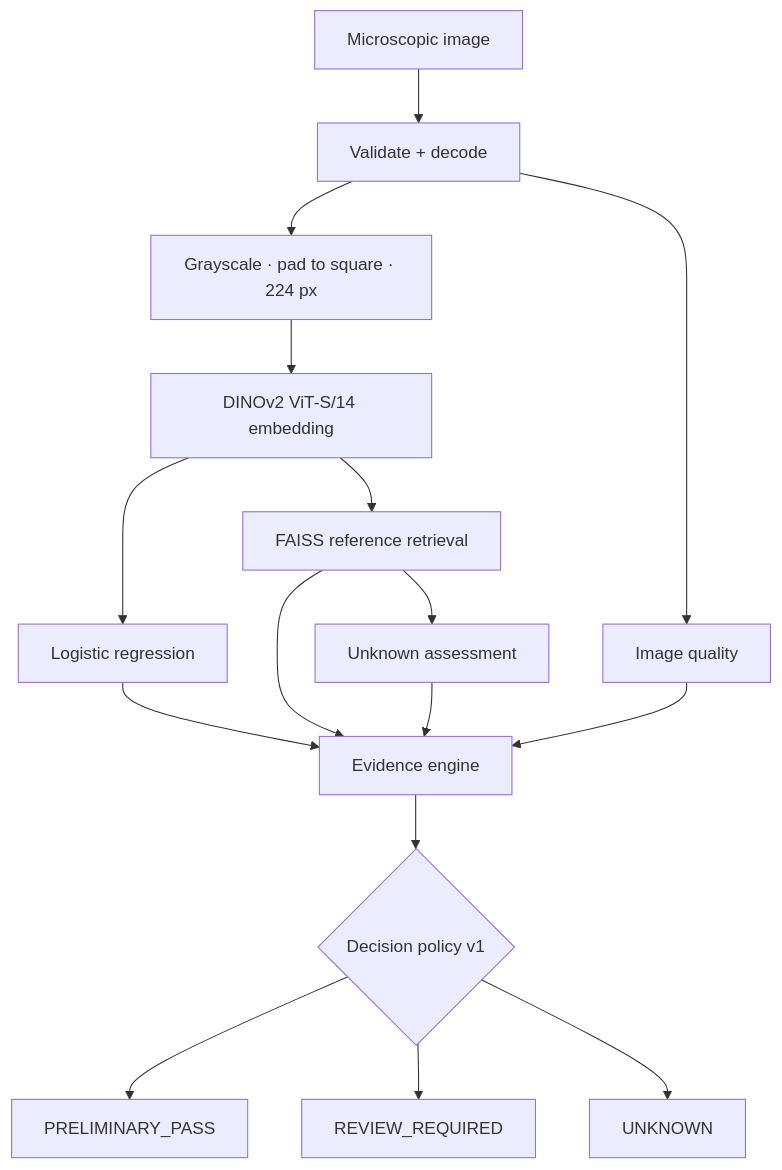
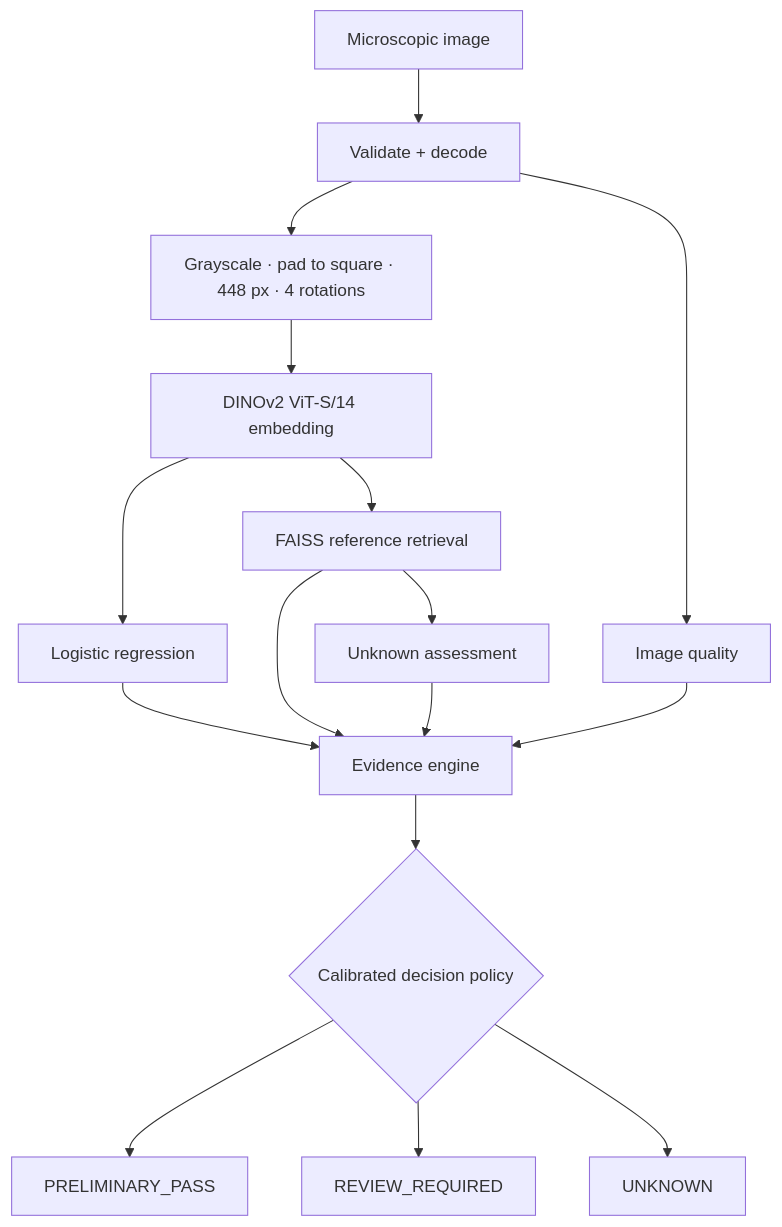
One commit to gowtham472/herbascope changed the diagram in README.md. Above: the diagram before and after it, drawn with Mermaid. The commit also changed other lines of this file and 7 other files, not shown here.

````diff
--- a/README.md
+++ b/README.md
@@ -37,18 +37,18 @@
 ```mermaid
 flowchart TD
     IMG[Microscopic image] --> VAL[Validate + decode]
     VAL --> Q[Image quality]
-    VAL --> PRE[Grayscale · pad to square · 224 px]
+    VAL --> PRE[Grayscale · pad to square · 448 px · 4 rotations]
     PRE --> ENC[DINOv2 ViT-S/14 embedding]
     ENC --> CLS[Logistic regression]
     ENC --> RET[FAISS reference retrieval]
     RET --> UNK[Unknown assessment]
     CLS --> EVD[Evidence engine]
     RET --> EVD
     UNK --> EVD
     Q --> EVD
-    EVD --> DEC{Decision policy v1}
+    EVD --> DEC{Calibrated decision policy}
     DEC --> P[PRELIMINARY_PASS]
     DEC --> R[REVIEW_REQUIRED]
     DEC --> U[UNKNOWN]
 ```
````
